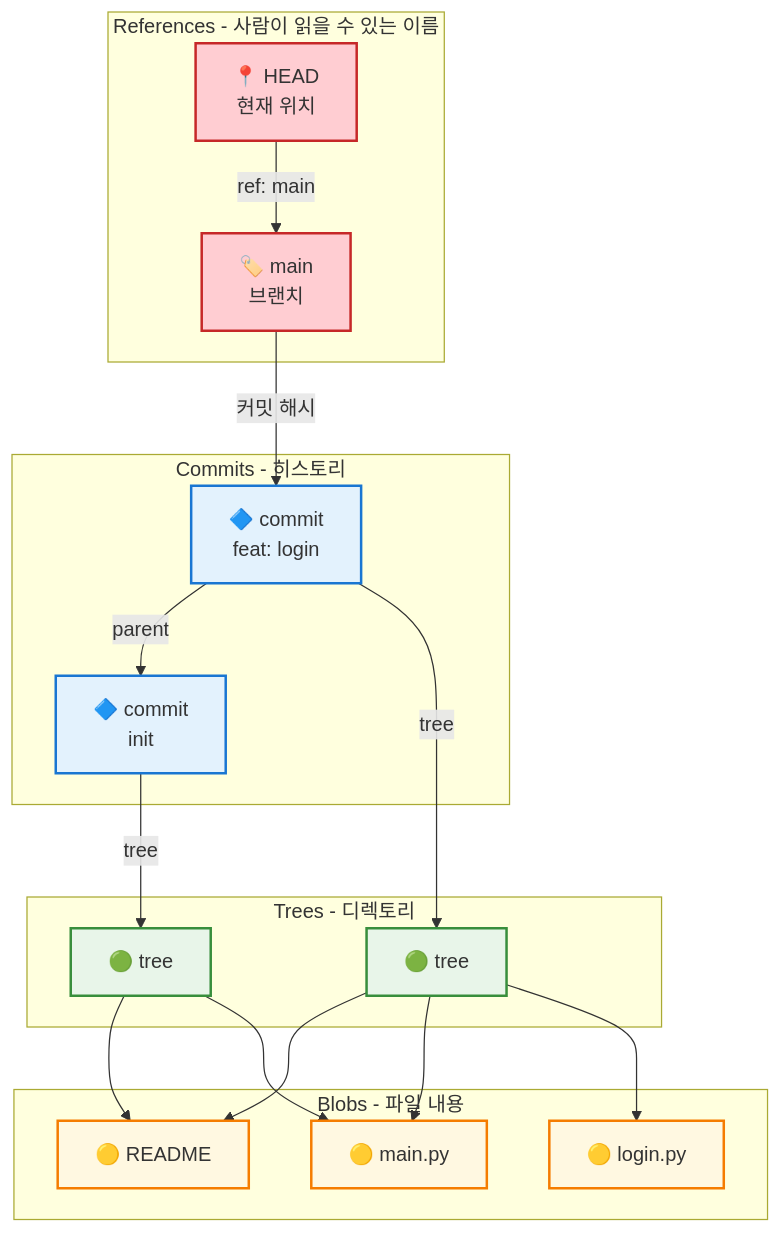
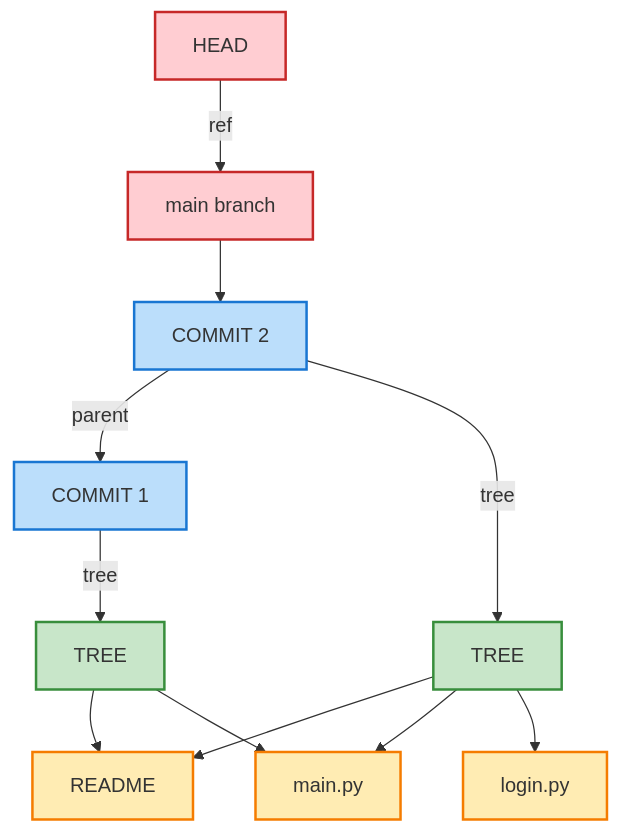
The fifth of 8 diagrams in content/posts/git-internals-01-object-storage.md (hiddenpunch/hiddenpunch.github.io), drawn with Mermaid before and after one commit. The commit also changed other lines of this file, not shown here.

Commit message:
Simplify Mermaid: English only, code blocks

````diff
--- a/content/posts/git-internals-01-object-storage.md
+++ b/content/posts/git-internals-01-object-storage.md
@@ -213,44 +184,33 @@
-<div class="mermaid">
+```mermaid
 flowchart TB
-    subgraph refs[References - 사람이 읽을 수 있는 이름]
-        HEAD[📍 HEAD<br/>현재 위치]
-        MAIN[🏷️ main<br/>브랜치]
-    end
+    HEAD[HEAD]
+    MAIN[main branch]
+    C2[COMMIT 2]
+    C1[COMMIT 1]
+    T2[TREE]
+    T1[TREE]
+    B1[README]
+    B2[main.py]
+    B3[login.py]
     
-    subgraph commits[Commits - 히스토리]
-        C2[🔷 commit<br/>feat: login]
-        C1[🔷 commit<br/>init]
-    end
-    
-    subgraph trees[Trees - 디렉토리]
-        T2[🟢 tree]
-        T1[🟢 tree]
-    end
-    
-    subgraph blobs[Blobs - 파일 내용]
-        B1[🟡 README]
-        B2[🟡 main.py]
-        B3[🟡 login.py]
-    end
-    
-    HEAD -->|"ref: main"| MAIN
-    MAIN -->|"커밋 해시"| C2
-    C2 -->|"parent"| C1
-    C2 -->|"tree"| T2
-    C1 -->|"tree"| T1
+    HEAD -->|ref| MAIN
+    MAIN --> C2
+    C2 -->|parent| C1
+    C2 -->|tree| T2
+    C1 -->|tree| T1
     T2 --> B1
     T2 --> B2
     T2 --> B3
     T1 --> B1
     T1 --> B2
     
     style HEAD fill:#ffcdd2,stroke:#c62828,stroke-width:2px
     style MAIN fill:#ffcdd2,stroke:#c62828,stroke-width:2px
-    style C2 fill:#e3f2fd,stroke:#1976d2,stroke-width:2px
-    style C1 fill:#e3f2fd,stroke:#1976d2,stroke-width:2px
-    style T2 fill:#e8f5e9,stroke:#388e3c,stroke-width:2px
-    style T1 fill:#e8f5e9,stroke:#388e3c,stroke-width:2px
-    style B1 fill:#fff8e1,stroke:#f57c00,stroke-width:2px
-    style B2 fill:#fff8e1,stroke:#f57c00,stroke-width:2px
-    style B3 fill:#fff8e1,stroke:#f57c00,stroke-width:2px
-</div>
+    style C2 fill:#bbdefb,stroke:#1976d2,stroke-width:2px
+    style C1 fill:#bbdefb,stroke:#1976d2,stroke-width:2px
+    style T2 fill:#c8e6c9,stroke:#388e3c,stroke-width:2px
+    style T1 fill:#c8e6c9,stroke:#388e3c,stroke-width:2px
+    style B1 fill:#ffecb3,stroke:#f57c00,stroke-width:2px
+    style B2 fill:#ffecb3,stroke:#f57c00,stroke-width:2px
+    style B3 fill:#ffecb3,stroke:#f57c00,stroke-width:2px
+```
````
